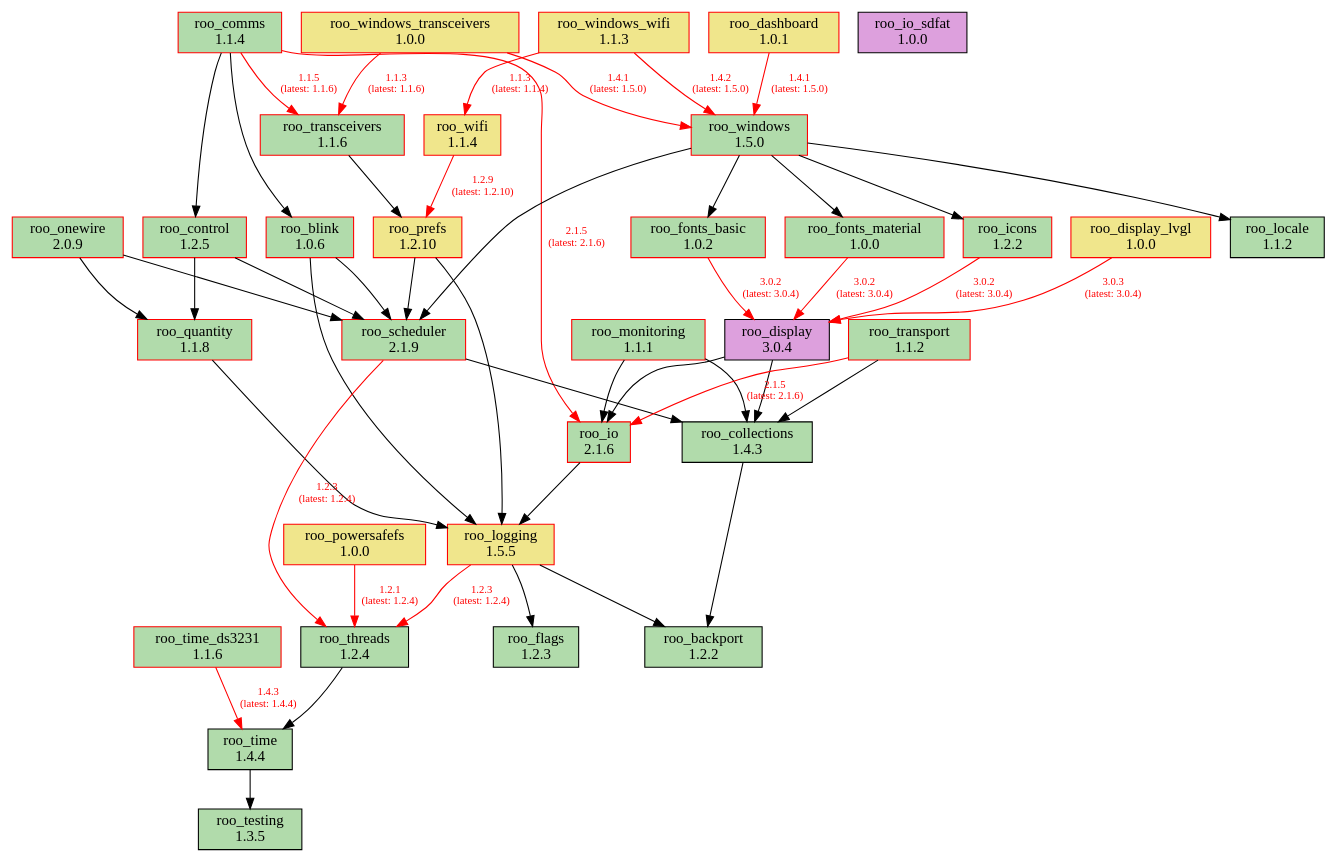
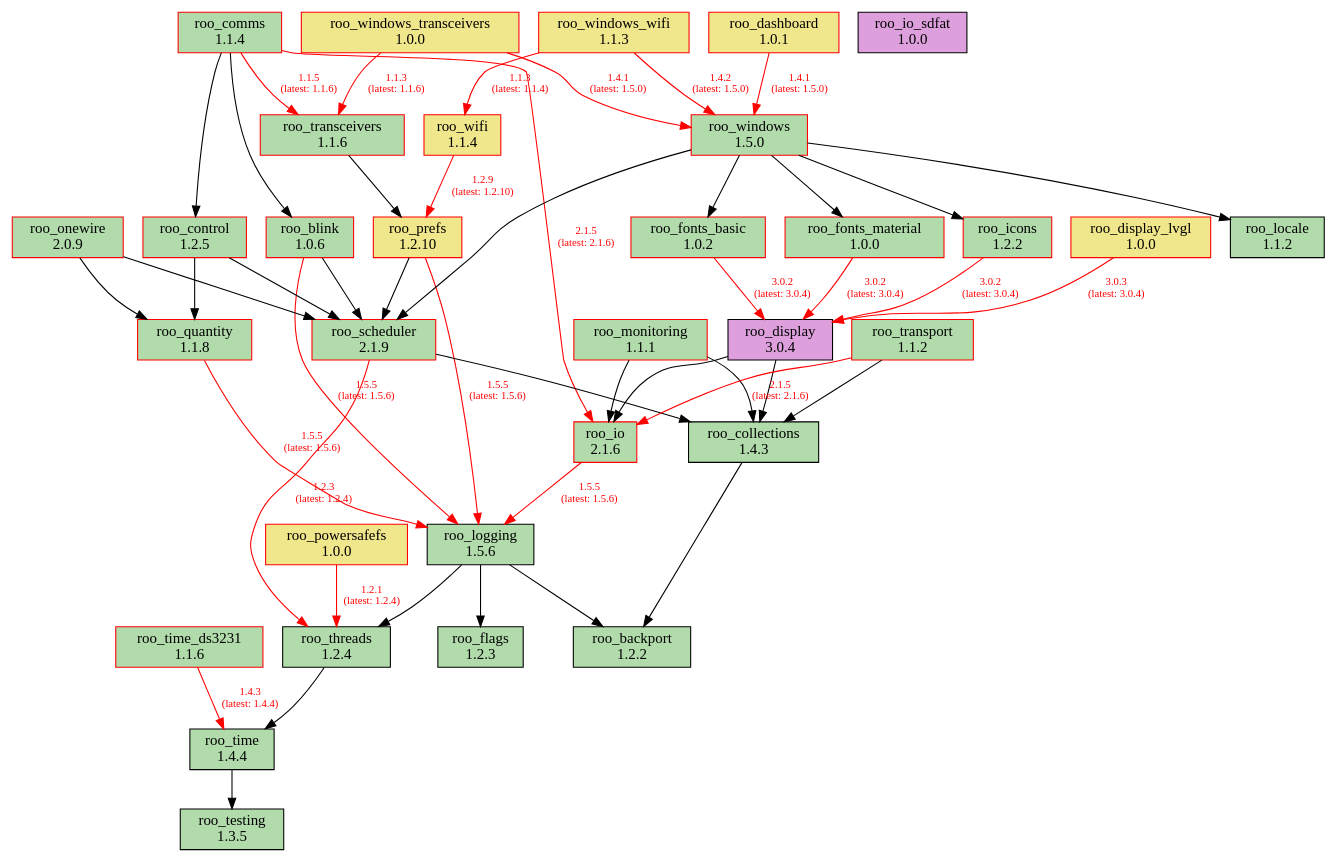
The diagram in doc/dependencies.dot (dejwk/roo-registry), drawn with Graphviz before and after one commit. The commit also changed 3 other files, not shown here.

Commit message:
Added roo_logging 1.5.6 to the registry.

```diff
--- a/doc/dependencies.dot
+++ b/doc/dependencies.dot
@@ -1,87 +1,87 @@
 digraph dependencies {
     rankdir=TB;
     node [shape=box, style=filled];
     edge [fontsize=10];
 
     // Modules
     "roo_backport" [label="roo_backport\n1.2.2", fillcolor="#b1dbab", color="black"];
     "roo_blink" [label="roo_blink\n1.0.6", fillcolor="#b1dbab", color="red"];
     "roo_collections" [label="roo_collections\n1.4.3", fillcolor="#b1dbab", color="black"];
     "roo_comms" [label="roo_comms\n1.1.4", fillcolor="#b1dbab", color="red"];
     "roo_control" [label="roo_control\n1.2.5", fillcolor="#b1dbab", color="red"];
     "roo_dashboard" [label="roo_dashboard\n1.0.1", fillcolor="khaki", color="red"];
     "roo_display" [label="roo_display\n3.0.4", fillcolor="plum", color="black"];
     "roo_display_lvgl" [label="roo_display_lvgl\n1.0.0", fillcolor="khaki", color="red"];
     "roo_flags" [label="roo_flags\n1.2.3", fillcolor="#b1dbab", color="black"];
     "roo_fonts_basic" [label="roo_fonts_basic\n1.0.2", fillcolor="#b1dbab", color="red"];
     "roo_fonts_material" [label="roo_fonts_material\n1.0.0", fillcolor="#b1dbab", color="red"];
     "roo_icons" [label="roo_icons\n1.2.2", fillcolor="#b1dbab", color="red"];
     "roo_io" [label="roo_io\n2.1.6", fillcolor="#b1dbab", color="red"];
     "roo_io_sdfat" [label="roo_io_sdfat\n1.0.0", fillcolor="plum", color="black"];
     "roo_locale" [label="roo_locale\n1.1.2", fillcolor="#b1dbab", color="black"];
-    "roo_logging" [label="roo_logging\n1.5.5", fillcolor="khaki", color="red"];
+    "roo_logging" [label="roo_logging\n1.5.6", fillcolor="#b1dbab", color="black"];
     "roo_monitoring" [label="roo_monitoring\n1.1.1", fillcolor="#b1dbab", color="red"];
     "roo_onewire" [label="roo_onewire\n2.0.9", fillcolor="#b1dbab", color="red"];
     "roo_powersafefs" [label="roo_powersafefs\n1.0.0", fillcolor="khaki", color="red"];
     "roo_prefs" [label="roo_prefs\n1.2.10", fillcolor="khaki", color="red"];
     "roo_quantity" [label="roo_quantity\n1.1.8", fillcolor="#b1dbab", color="red"];
     "roo_scheduler" [label="roo_scheduler\n2.1.9", fillcolor="#b1dbab", color="red"];
     "roo_testing" [label="roo_testing\n1.3.5", fillcolor="#b1dbab", color="black"];
     "roo_threads" [label="roo_threads\n1.2.4", fillcolor="#b1dbab", color="black"];
     "roo_time" [label="roo_time\n1.4.4", fillcolor="#b1dbab", color="black"];
     "roo_time_ds3231" [label="roo_time_ds3231\n1.1.6", fillcolor="#b1dbab", color="red"];
     "roo_transceivers" [label="roo_transceivers\n1.1.6", fillcolor="#b1dbab", color="red"];
     "roo_transport" [label="roo_transport\n1.1.2", fillcolor="#b1dbab", color="red"];
     "roo_wifi" [label="roo_wifi\n1.1.4", fillcolor="khaki", color="red"];
     "roo_windows" [label="roo_windows\n1.5.0", fillcolor="#b1dbab", color="red"];
     "roo_windows_transceivers" [label="roo_windows_transceivers\n1.0.0", fillcolor="khaki", color="red"];
     "roo_windows_wifi" [label="roo_windows_wifi\n1.1.3", fillcolor="khaki", color="red"];
 
     // Dependencies
-    "roo_blink" -> "roo_logging";
+    "roo_blink" -> "roo_logging" [color=red, fontcolor=red, label="1.5.5\n(latest: 1.5.6)"];
     "roo_blink" -> "roo_scheduler";
     "roo_collections" -> "roo_backport";
     "roo_comms" -> "roo_blink";
     "roo_comms" -> "roo_control";
     "roo_comms" -> "roo_io" [color=red, fontcolor=red, label="2.1.5\n(latest: 2.1.6)"];
     "roo_comms" -> "roo_transceivers" [color=red, fontcolor=red, label="1.1.5\n(latest: 1.1.6)"];
     "roo_control" -> "roo_quantity";
     "roo_control" -> "roo_scheduler";
     "roo_dashboard" -> "roo_windows" [color=red, fontcolor=red, label="1.4.1\n(latest: 1.5.0)"];
     "roo_display" -> "roo_collections";
     "roo_display" -> "roo_io";
     "roo_display_lvgl" -> "roo_display" [color=red, fontcolor=red, label="3.0.3\n(latest: 3.0.4)"];
     "roo_fonts_basic" -> "roo_display" [color=red, fontcolor=red, label="3.0.2\n(latest: 3.0.4)"];
     "roo_fonts_material" -> "roo_display" [color=red, fontcolor=red, label="3.0.2\n(latest: 3.0.4)"];
     "roo_icons" -> "roo_display" [color=red, fontcolor=red, label="3.0.2\n(latest: 3.0.4)"];
-    "roo_io" -> "roo_logging";
+    "roo_io" -> "roo_logging" [color=red, fontcolor=red, label="1.5.5\n(latest: 1.5.6)"];
     "roo_logging" -> "roo_backport";
     "roo_logging" -> "roo_flags";
-    "roo_logging" -> "roo_threads" [color=red, fontcolor=red, label="1.2.3\n(latest: 1.2.4)"];
+    "roo_logging" -> "roo_threads";
     "roo_monitoring" -> "roo_collections";
     "roo_monitoring" -> "roo_io";
     "roo_onewire" -> "roo_scheduler";
     "roo_onewire" -> "roo_quantity";
     "roo_powersafefs" -> "roo_threads" [color=red, fontcolor=red, label="1.2.1\n(latest: 1.2.4)"];
-    "roo_prefs" -> "roo_logging";
+    "roo_prefs" -> "roo_logging" [color=red, fontcolor=red, label="1.5.5\n(latest: 1.5.6)"];
     "roo_prefs" -> "roo_scheduler";
-    "roo_quantity" -> "roo_logging";
+    "roo_quantity" -> "roo_logging" [color=red, fontcolor=red, label="1.5.5\n(latest: 1.5.6)"];
     "roo_scheduler" -> "roo_collections";
     "roo_scheduler" -> "roo_threads" [color=red, fontcolor=red, label="1.2.3\n(latest: 1.2.4)"];
     "roo_threads" -> "roo_time";
     "roo_time" -> "roo_testing";
     "roo_time_ds3231" -> "roo_time" [color=red, fontcolor=red, label="1.4.3\n(latest: 1.4.4)"];
     "roo_transceivers" -> "roo_prefs";
     "roo_transport" -> "roo_collections";
     "roo_transport" -> "roo_io" [color=red, fontcolor=red, label="2.1.5\n(latest: 2.1.6)"];
     "roo_wifi" -> "roo_prefs" [color=red, fontcolor=red, label="1.2.9\n(latest: 1.2.10)"];
     "roo_windows" -> "roo_fonts_basic";
     "roo_windows" -> "roo_fonts_material";
     "roo_windows" -> "roo_locale";
     "roo_windows" -> "roo_icons";
     "roo_windows" -> "roo_scheduler";
     "roo_windows_transceivers" -> "roo_transceivers" [color=red, fontcolor=red, label="1.1.3\n(latest: 1.1.6)"];
     "roo_windows_transceivers" -> "roo_windows" [color=red, fontcolor=red, label="1.4.1\n(latest: 1.5.0)"];
     "roo_windows_wifi" -> "roo_wifi" [color=red, fontcolor=red, label="1.1.3\n(latest: 1.1.4)"];
     "roo_windows_wifi" -> "roo_windows" [color=red, fontcolor=red, label="1.4.2\n(latest: 1.5.0)"];
 }
```
